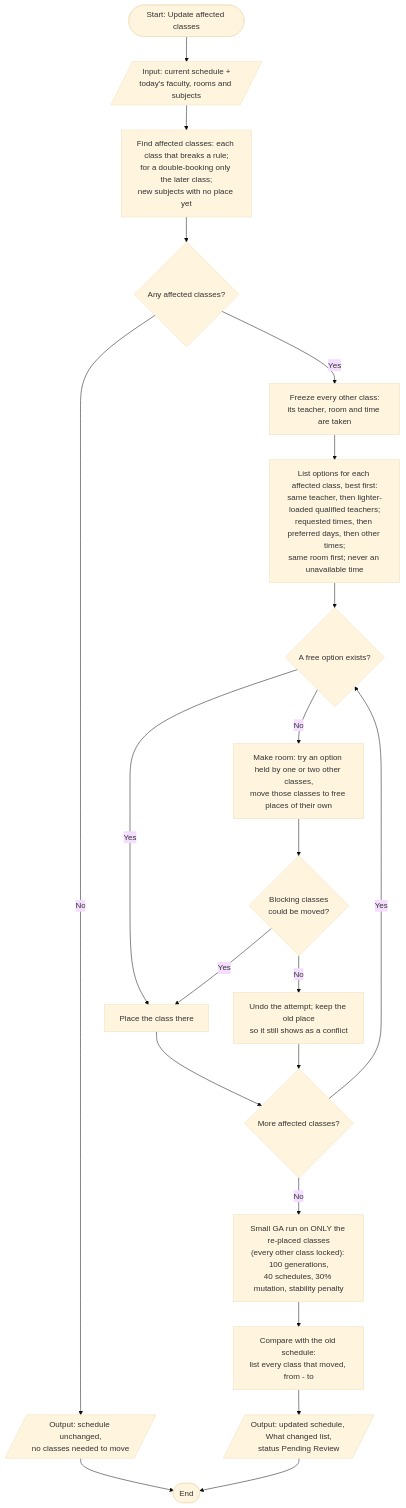
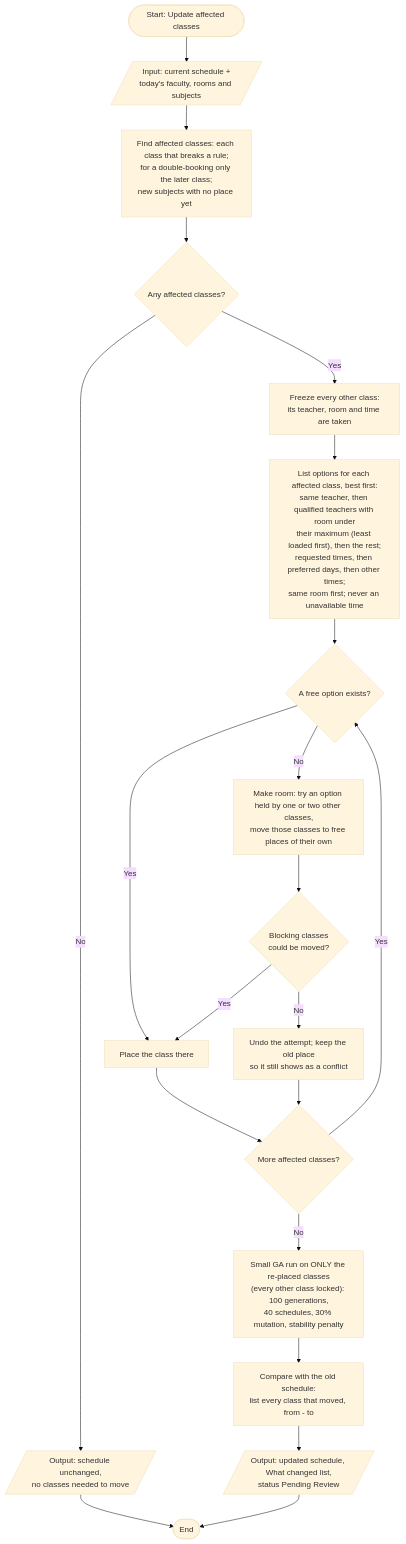
The third of 3 diagrams in docs/FLOWCHART.md (chocoboy231/SchedWiseAI), drawn with Mermaid (base theme) before and after one commit. The commit also changed other lines of this file and 4 other files, not shown here.

First line of the commit message:
Keep teachers within their maximum units when scheduling

````diff
--- a/docs/FLOWCHART.md
+++ b/docs/FLOWCHART.md
@@ -125,23 +127,23 @@
 ```mermaid
 flowchart TD
     A([Start: Update affected classes]) --> B[/Input: current schedule +<br/>today's faculty, rooms and subjects/]
     B --> C["Find affected classes: each class that breaks a rule;<br/>for a double-booking only the later class;<br/>new subjects with no place yet"]
     C --> D{Any affected classes?}
     D -- No --> E[/Output: schedule unchanged,<br/>no classes needed to move/]
     E --> Z([End])
     D -- Yes --> F[Freeze every other class:<br/>its teacher, room and time are taken]
-    F --> G["List options for each affected class, best first:<br/>same teacher, then lighter-loaded qualified teachers;<br/>requested times, then preferred days, then other times;<br/>same room first; never an unavailable time"]
+    F --> G["List options for each affected class, best first:<br/>same teacher, then qualified teachers with room under<br/>their maximum (least loaded first), then the rest;<br/>requested times, then preferred days, then other times;<br/>same room first; never an unavailable time"]
     G --> H{A free option exists?}
     H -- Yes --> I[Place the class there]
     H -- No --> J["Make room: try an option held by one or two other classes,<br/>move those classes to free places of their own"]
     J --> K{Blocking classes<br/>could be moved?}
     K -- Yes --> I
     K -- No --> L[Undo the attempt; keep the old place<br/>so it still shows as a conflict]
     I --> M{More affected classes?}
     L --> M
     M -- Yes --> H
     M -- No --> N["Small GA run on ONLY the re-placed classes<br/>(every other class locked): 100 generations,<br/>40 schedules, 30% mutation, stability penalty"]
     N --> O[Compare with the old schedule:<br/>list every class that moved, from - to]
     O --> P[/Output: updated schedule, What changed list,<br/>status Pending Review/]
     P --> Z
 ```
````
